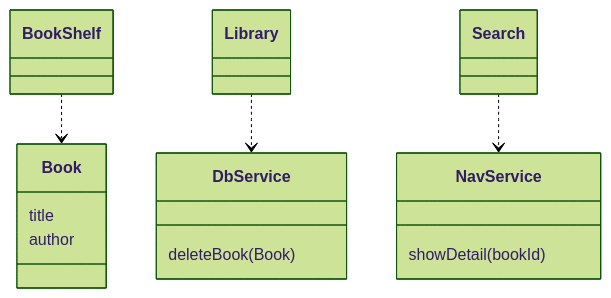
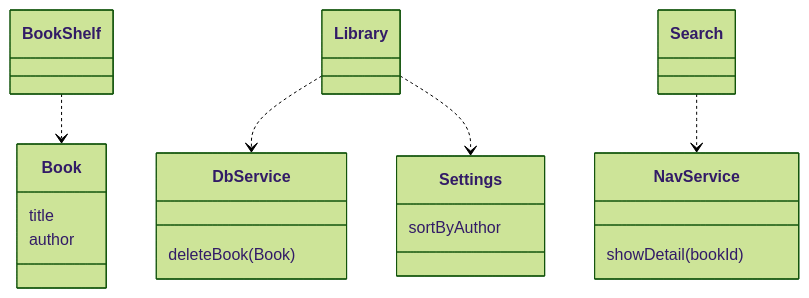
The sixth of 8 diagrams in hypermodular/SKILL.md (sisoje/hypermodular), drawn with Mermaid (forest theme) before and after one commit. The commit also changed other lines of this file and 44 other files, not shown here.

````diff
--- a/hypermodular/SKILL.md
+++ b/hypermodular/SKILL.md
@@ -201,18 +227,22 @@
 ```mermaid
 %% Root: App · Coupling
 classDiagram
     class Book {
         title
         author
     }
     class DbService {
         deleteBook(Book)
     }
     class NavService {
         showDetail(bookId)
     }
+    class Settings {
+        sortByAuthor
+    }
 
     BookShelf ..> Book
     Library ..> DbService
+    Library ..> Settings
     Search ..> NavService
 ```
````
